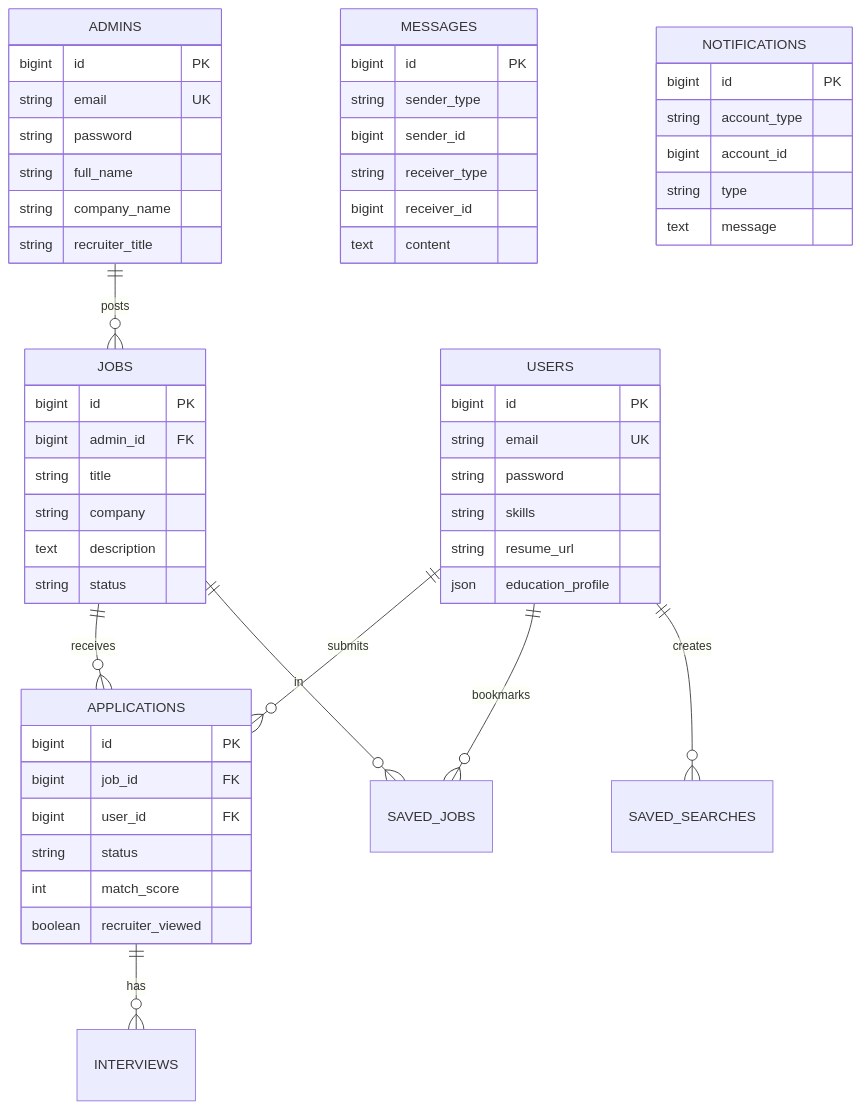
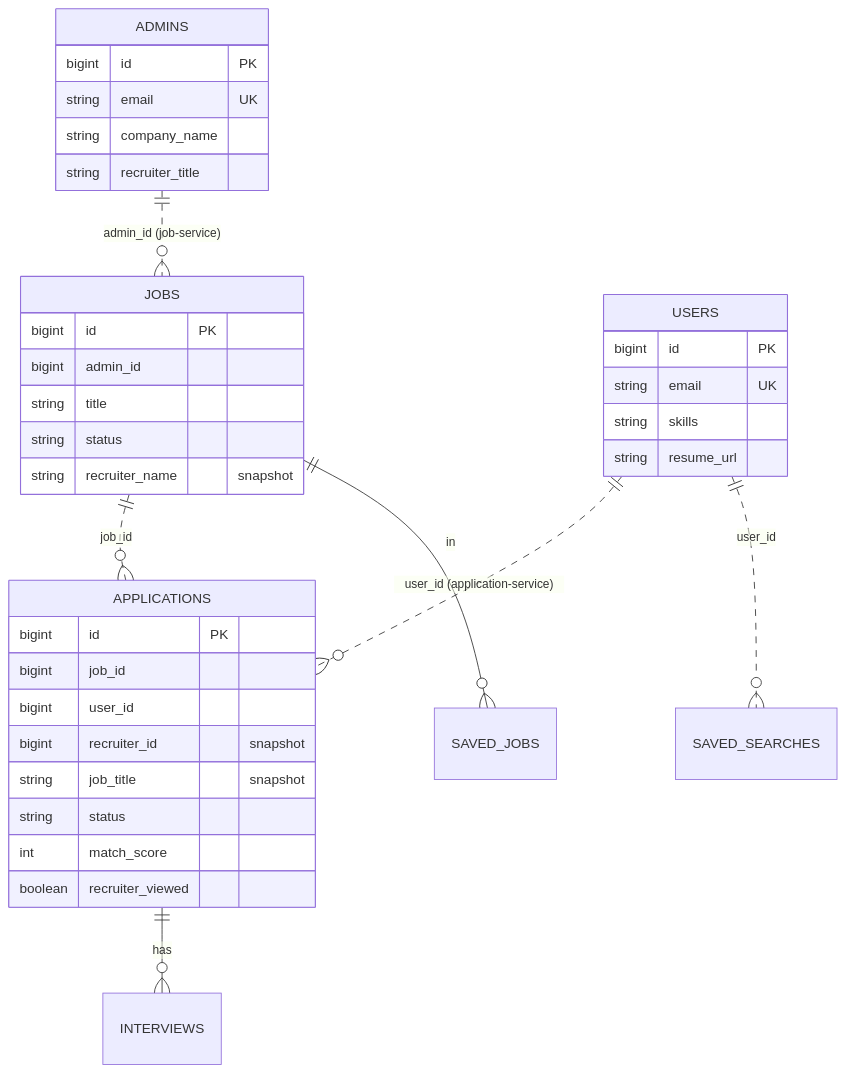
Before and after one commit to manisai03/Globalco: the second of 4 diagrams in docs/ARCHITECTURE.md, drawn with Mermaid. The commit also changed other lines of this file and 415 other files, not shown here.

````diff
--- a/docs/ARCHITECTURE.md
+++ b/docs/ARCHITECTURE.md
@@ -77,58 +103,39 @@
 ```mermaid
 erDiagram
-    ADMINS ||--o{ JOBS : posts
-    USERS ||--o{ APPLICATIONS : submits
-    JOBS ||--o{ APPLICATIONS : receives
+    ADMINS ||..o{ JOBS : "admin_id (job-service)"
+    USERS ||..o{ APPLICATIONS : "user_id (application-service)"
+    JOBS ||..o{ APPLICATIONS : "job_id"
     APPLICATIONS ||--o{ INTERVIEWS : has
-    USERS ||--o{ SAVED_JOBS : bookmarks
     JOBS ||--o{ SAVED_JOBS : in
-    USERS ||--o{ SAVED_SEARCHES : creates
+    USERS ||..o{ SAVED_SEARCHES : "user_id"
 
     ADMINS {
         bigint id PK
         string email UK
-        string password
-        string full_name
         string company_name
         string recruiter_title
     }
     USERS {
         bigint id PK
         string email UK
-        string password
         string skills
         string resume_url
-        json education_profile
     }
     JOBS {
         bigint id PK
-        bigint admin_id FK
+        bigint admin_id
         string title
-        string company
-        text description
         string status
+        string recruiter_name "snapshot"
     }
     APPLICATIONS {
         bigint id PK
-        bigint job_id FK
-        bigint user_id FK
+        bigint job_id
+        bigint user_id
+        bigint recruiter_id "snapshot"
+        string job_title "snapshot"
         string status
         int match_score
         boolean recruiter_viewed
     }
-    MESSAGES {
-        bigint id PK
-        string sender_type
-        bigint sender_id
-        string receiver_type
-        bigint receiver_id
-        text content
-    }
-    NOTIFICATIONS {
-        bigint id PK
-        string account_type
-        bigint account_id
-        string type
-        text message
-    }
 ```
````
